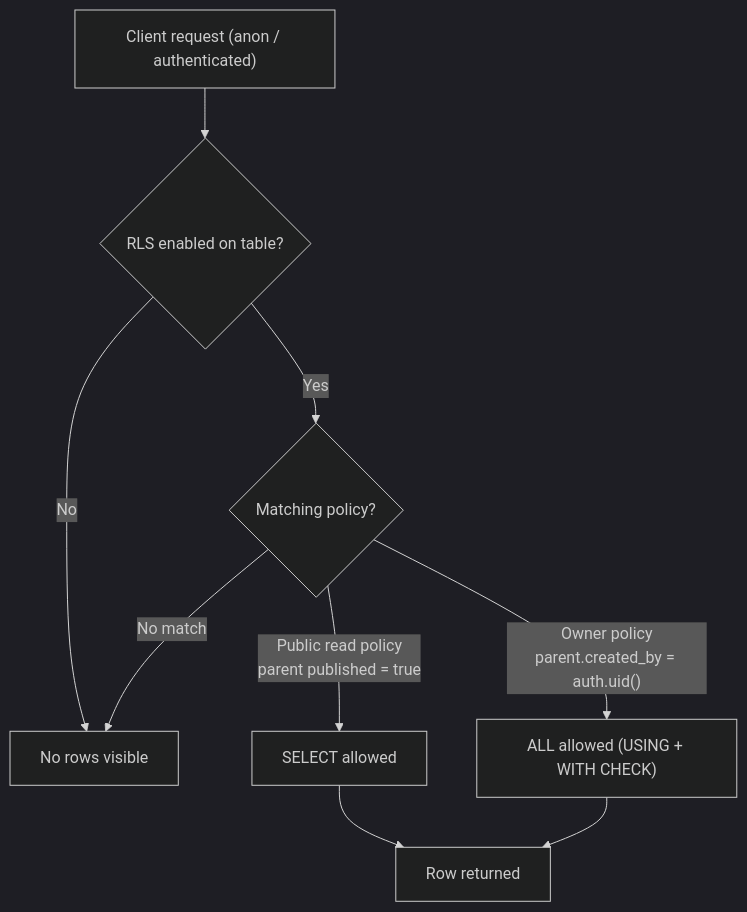
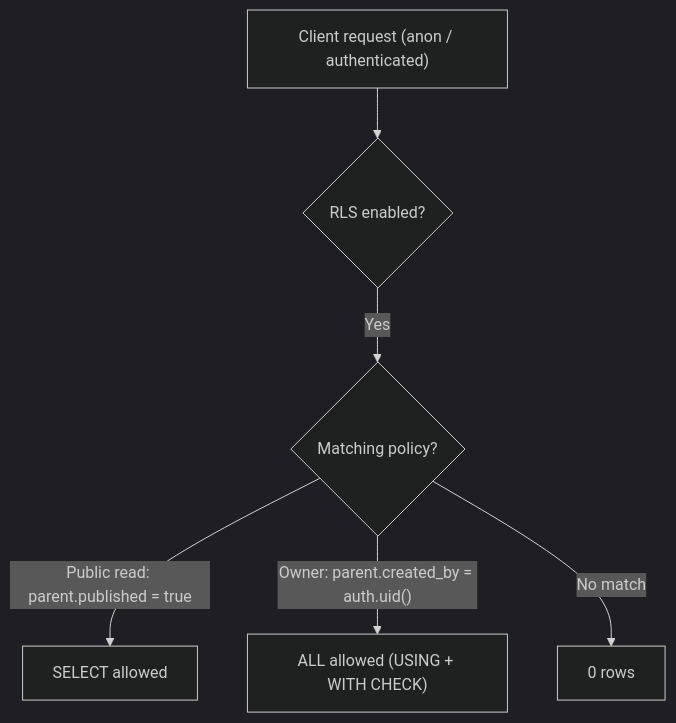
One commit to jackcasstlesjones/ozeaon-wiki changed the second of 2 diagrams in src/content/docs/architecture/data-model-and-schema.md. Above: the diagram before and after it, drawn with Mermaid (dark theme). The commit also changed other lines of this file and 8 other files, not shown here.

Commit message:
docs: trim data model, middleware, auth and account pages and related components

````diff
--- a/src/content/docs/architecture/data-model-and-schema.md
+++ b/src/content/docs/architecture/data-model-and-schema.md
@@ -570,11 +178,8 @@
 ```mermaid
 flowchart TD
-    Req["Client request (anon / authenticated)"] --> RLS{"RLS enabled on table?"}
-    RLS -->|"No"| Deny["No rows visible"]
+    Req["Client request (anon / authenticated)"] --> RLS{"RLS enabled?"}
     RLS -->|"Yes"| Pol{"Matching policy?"}
-    Pol -->|"Public read policy<br/>parent published = true"| ReadOK["SELECT allowed"]
-    Pol -->|"Owner policy<br/>parent.created_by = auth.uid()"| WriteOK["ALL allowed (USING + WITH CHECK)"]
-    Pol -->|"No match"| Deny
-    ReadOK --> Data["Row returned"]
-    WriteOK --> Data
+    Pol -->|"Public read: parent.published = true"| ReadOK["SELECT allowed"]
+    Pol -->|"Owner: parent.created_by = auth.uid()"| WriteOK["ALL allowed (USING + WITH CHECK)"]
+    Pol -->|"No match"| Deny["0 rows"]
 ```
````
